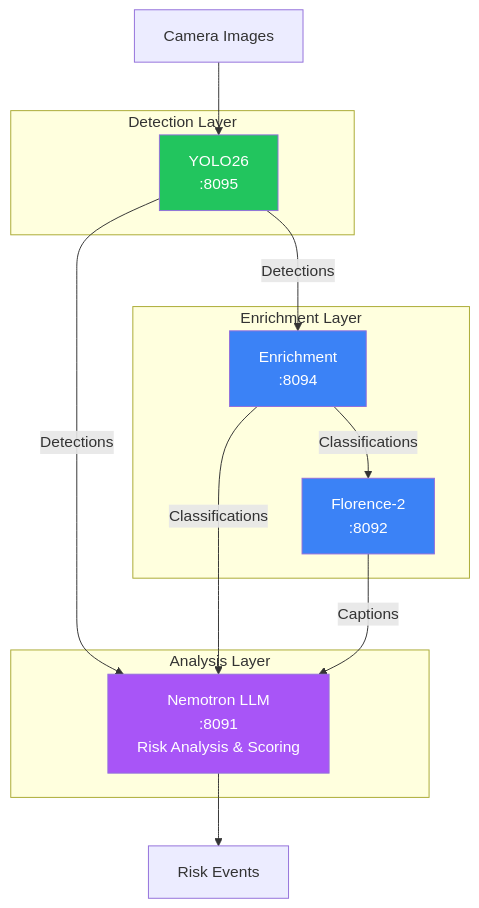
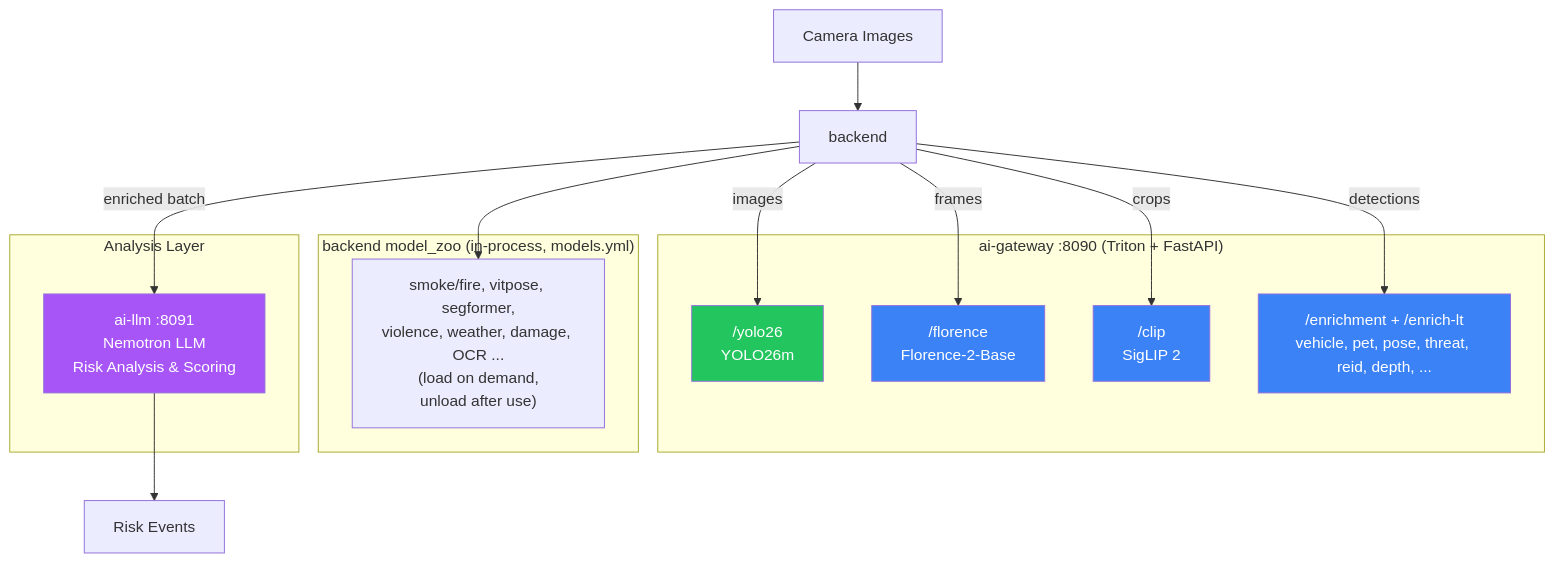
The diagram in docs/reference/models.md (mikesvoboda/nemotron-v3-home-security-intelligence), drawn with Mermaid before and after one commit. The commit also changed other lines of this file and 313 other files, not shown here.

````diff
--- a/docs/reference/models.md
+++ b/docs/reference/models.md
@@ -963,31 +1069,33 @@
 ```mermaid
 flowchart TD
-    CAM[Camera Images] --> YOLO
+    CAM[Camera Images] --> BE[backend]
 
-    subgraph Detection["Detection Layer"]
-        YOLO["YOLO26<br/>:8095"]
+    subgraph Gateway["ai-gateway :8090 (Triton + FastAPI)"]
+        YOLO["/yolo26<br/>YOLO26m"]
+        FLO["/florence<br/>Florence-2-Base"]
+        CLIP["/clip<br/>SigLIP 2"]
+        ENR["/enrichment + /enrich-lt<br/>vehicle, pet, pose, threat, reid, depth, ..."]
     end
 
-    subgraph Enrichment["Enrichment Layer"]
-        ENR["Enrichment<br/>:8094"]
-        FLO["Florence-2<br/>:8092"]
+    subgraph Zoo["backend model_zoo (in-process, models.yml)"]
+        HEAVY["smoke/fire, vitpose, segformer,<br/>violence, weather, damage, OCR ...<br/>(load on demand,<br/>unload after use)"]
     end
 
-    YOLO -->|Detections| ENR
-    ENR -->|Classifications| FLO
-
     subgraph Analysis["Analysis Layer"]
-        NEM["Nemotron LLM<br/>:8091<br/>Risk Analysis & Scoring"]
+        NEM["ai-llm :8091<br/>Nemotron LLM<br/>Risk Analysis & Scoring"]
     end
 
-    YOLO -->|Detections| NEM
-    ENR -->|Classifications| NEM
-    FLO -->|Captions| NEM
-
+    BE -->|images| YOLO
+    BE -->|detections| ENR
+    BE -->|frames| FLO
+    BE -->|crops| CLIP
+    BE --> HEAVY
+    BE -->|enriched batch| NEM
     NEM --> OUT[Risk Events]
 
     style YOLO fill:#22C55E,color:#fff
     style ENR fill:#3B82F6,color:#fff
     style FLO fill:#3B82F6,color:#fff
+    style CLIP fill:#3B82F6,color:#fff
     style NEM fill:#A855F7,color:#fff
 ```
````
